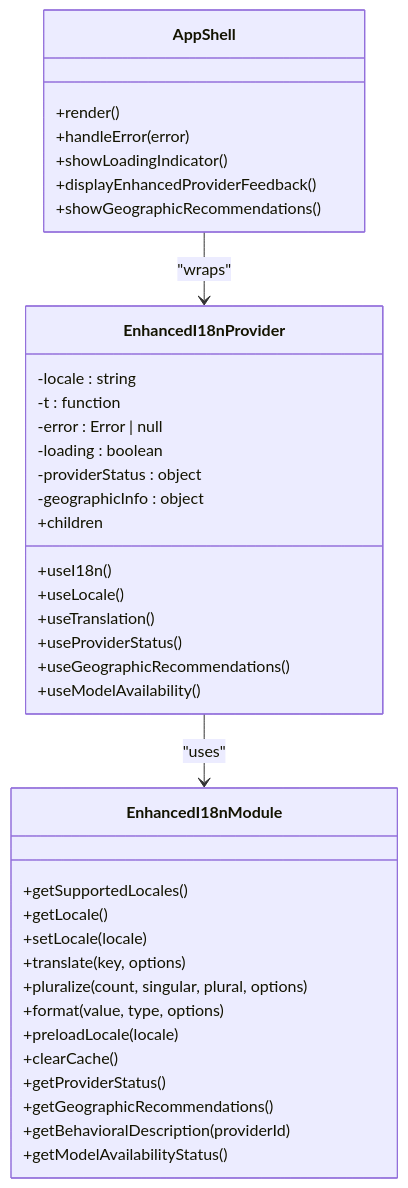
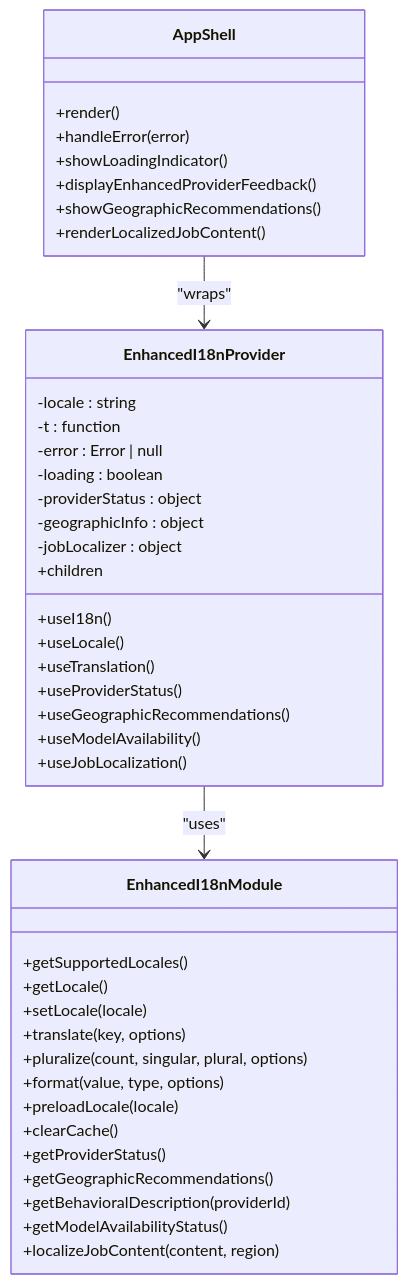
Before and after one commit to zmyeo54/briefroom: the third of 5 diagrams in .qoder/repowiki/en/content/Utility Libraries/Internationalization (i18n).md, drawn with Mermaid. The commit also changed other lines of this file and 16 other files, not shown here.

````diff
--- a/.qoder/repowiki/en/content/Utility Libraries/Internationalization (i18n).md
+++ b/.qoder/repowiki/en/content/Utility Libraries/Internationalization (i18n).md
@@ -227,41 +244,45 @@
 ```mermaid
 classDiagram
 class EnhancedI18nModule {
 +getSupportedLocales()
 +getLocale()
 +setLocale(locale)
 +translate(key, options)
 +pluralize(count, singular, plural, options)
 +format(value, type, options)
 +preloadLocale(locale)
 +clearCache()
 +getProviderStatus()
 +getGeographicRecommendations()
 +getBehavioralDescription(providerId)
 +getModelAvailabilityStatus()
++localizeJobContent(content, region)
 }
 class EnhancedI18nProvider {
 -locale : string
 -t : function
 -error : Error | null
 -loading : boolean
 -providerStatus : object
 -geographicInfo : object
+-jobLocalizer : object
 +children
 +useI18n()
 +useLocale()
 +useTranslation()
 +useProviderStatus()
 +useGeographicRecommendations()
 +useModelAvailability()
++useJobLocalization()
 }
 class AppShell {
 +render()
 +handleError(error)
 +showLoadingIndicator()
 +displayEnhancedProviderFeedback()
 +showGeographicRecommendations()
++renderLocalizedJobContent()
 }
 EnhancedI18nProvider --> EnhancedI18nModule : "uses"
 AppShell --> EnhancedI18nProvider : "wraps"
 ```
````
